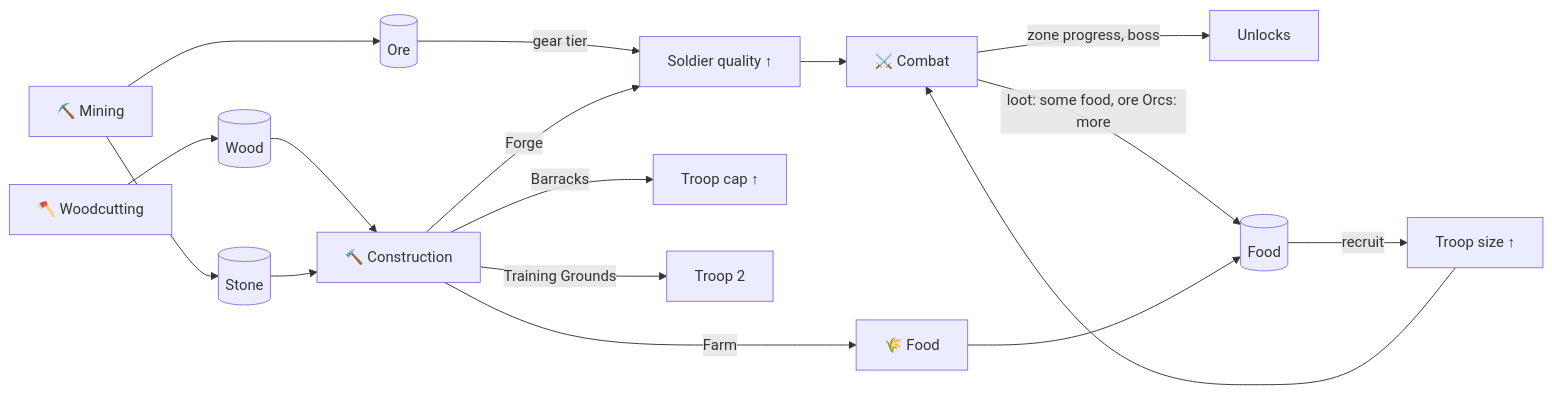
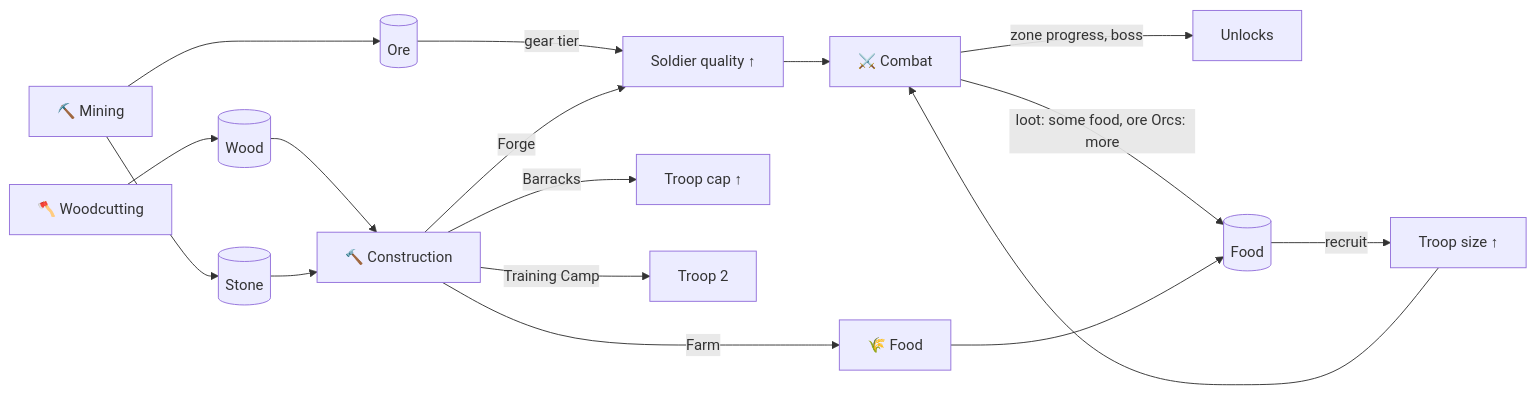
Before and after one commit to Ryngmarks/Idle-RPG-: the diagram in docs/TROOP_MODEL.md, drawn with Mermaid. The commit also changed other lines of this file and 6 other files, not shown here.

````diff
--- a/docs/TROOP_MODEL.md
+++ b/docs/TROOP_MODEL.md
@@ -254,19 +260,19 @@
 ```mermaid
 flowchart LR
     COMBAT[⚔️ Combat] -->|zone progress, boss| UNLOCK[Unlocks]
     COMBAT -->|loot: some food, ore Orcs: more| FOOD
     FOODACT[🌾 Food] --> FOOD[(Food)]
     MINE[⛏️ Mining] --> STONE[(Stone)]
     MINE --> ORE[(Ore)]
     WOOD[🪓 Woodcutting] --> WOODR[(Wood)]
     FOOD -->|recruit| SIZE[Troop size ↑]
     ORE -->|gear tier| QUAL[Soldier quality ↑]
     WOODR --> BUILD[🔨 Construction]
     STONE --> BUILD
     BUILD -->|Barracks| CAP[Troop cap ↑]
-    BUILD -->|Training Grounds| SLOT[Troop 2]
+    BUILD -->|Training Camp| SLOT[Troop 2]
     BUILD -->|Forge| QUAL
     BUILD -->|Farm| FOODACT
     SIZE --> COMBAT
     QUAL --> COMBAT
 ```
````
